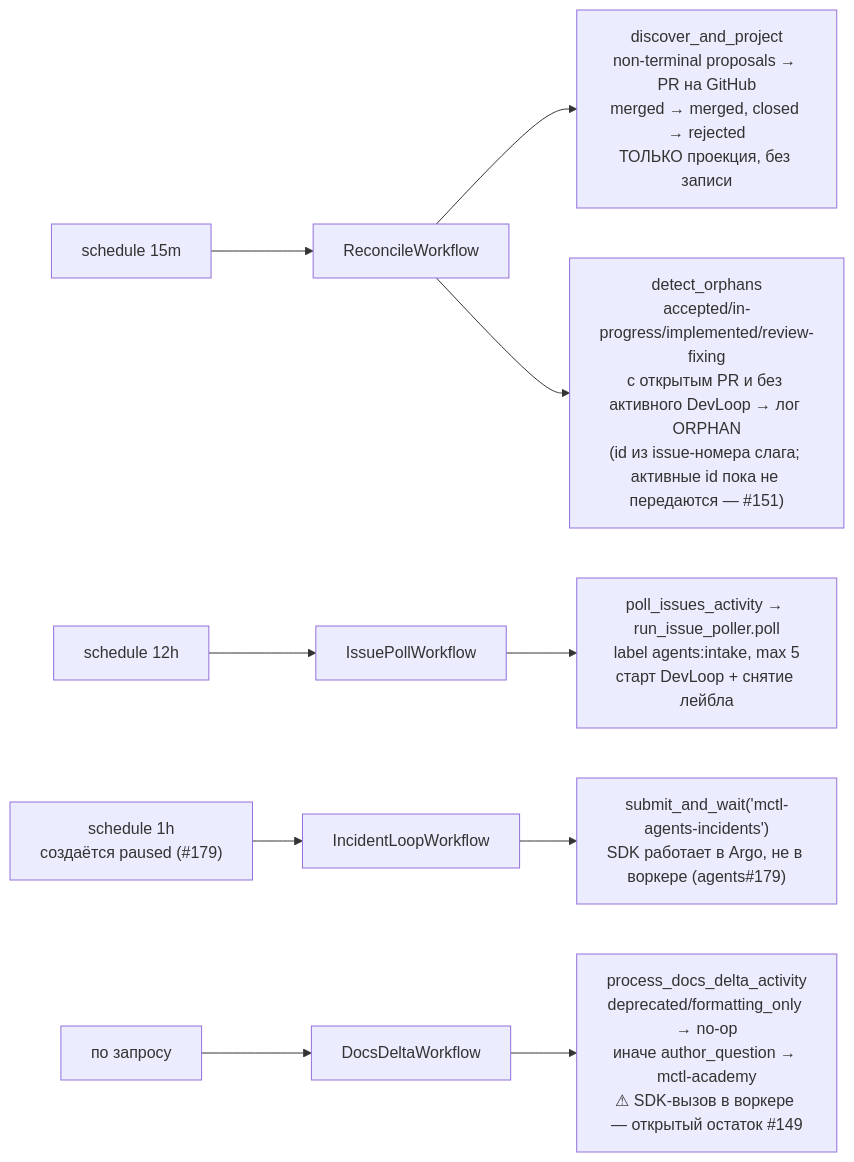
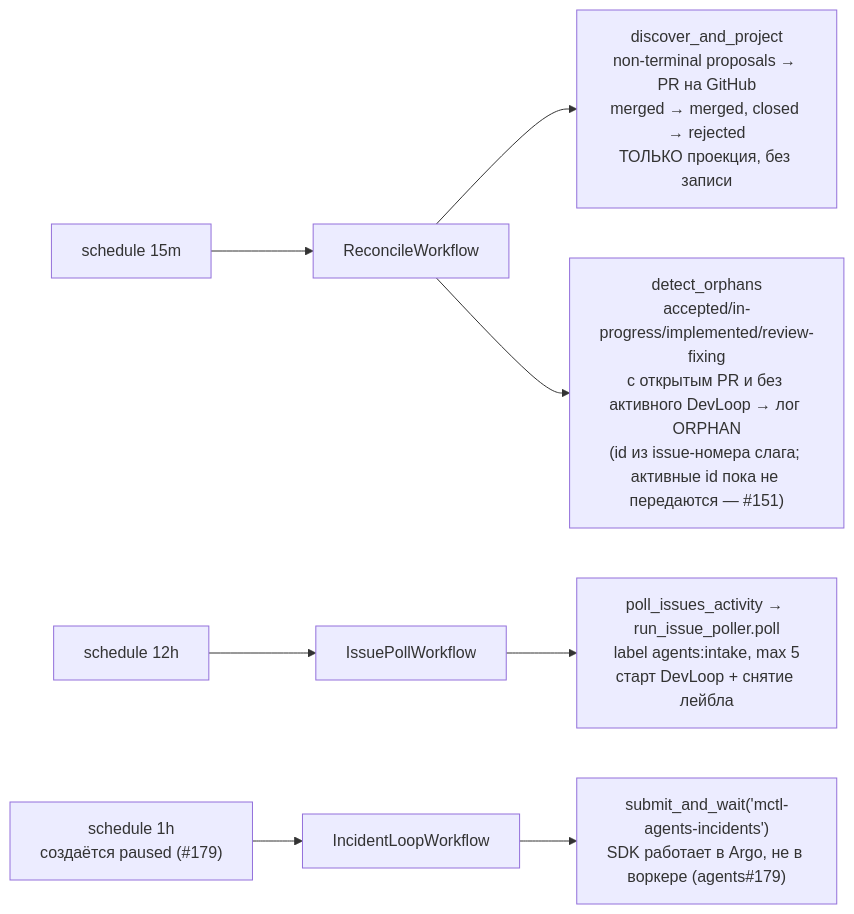
Before and after one commit to mctlhq/mctl-agents: the diagram in docs/diagrams/temporal-flow-schedules.mmd, drawn with Mermaid. The commit also changed 18 other files, not shown here.

First line of the commit message:
feat: retire question-author, DocsDeltaWorkflow and the strong profile

```diff
--- a/docs/diagrams/temporal-flow-schedules.mmd
+++ b/docs/diagrams/temporal-flow-schedules.mmd
@@ -1,13 +1,10 @@
 flowchart LR
     S1["schedule 15m"] --> REC["ReconcileWorkflow"]
     REC --> D["discover_and_project<br/>non-terminal proposals → PR на GitHub<br/>merged → merged, closed → rejected<br/>ТОЛЬКО проекция, без записи"]
     REC --> O["detect_orphans<br/>accepted/in-progress/implemented/review-fixing<br/>с открытым PR и без активного DevLoop → лог ORPHAN<br/>(id из issue-номера слага; активные id пока не передаются — #151)"]
 
     S2["schedule 12h"] --> ISS["IssuePollWorkflow"]
     ISS --> P["poll_issues_activity → run_issue_poller.poll<br/>label agents:intake, max 5<br/>старт DevLoop + снятие лейбла"]
 
     S3["schedule 1h<br/>создаётся paused (#179)"] --> INC["IncidentLoopWorkflow"]
     INC --> I["submit_and_wait('mctl-agents-incidents')<br/>SDK работает в Argo, не в воркере (agents#179)"]
-
-    S4["по запросу"] --> DOC["DocsDeltaWorkflow"]
-    DOC --> DD["process_docs_delta_activity<br/>deprecated/formatting_only → no-op<br/>иначе author_question → mctl-academy<br/>⚠ SDK-вызов в воркере — открытый остаток #149"]
```
